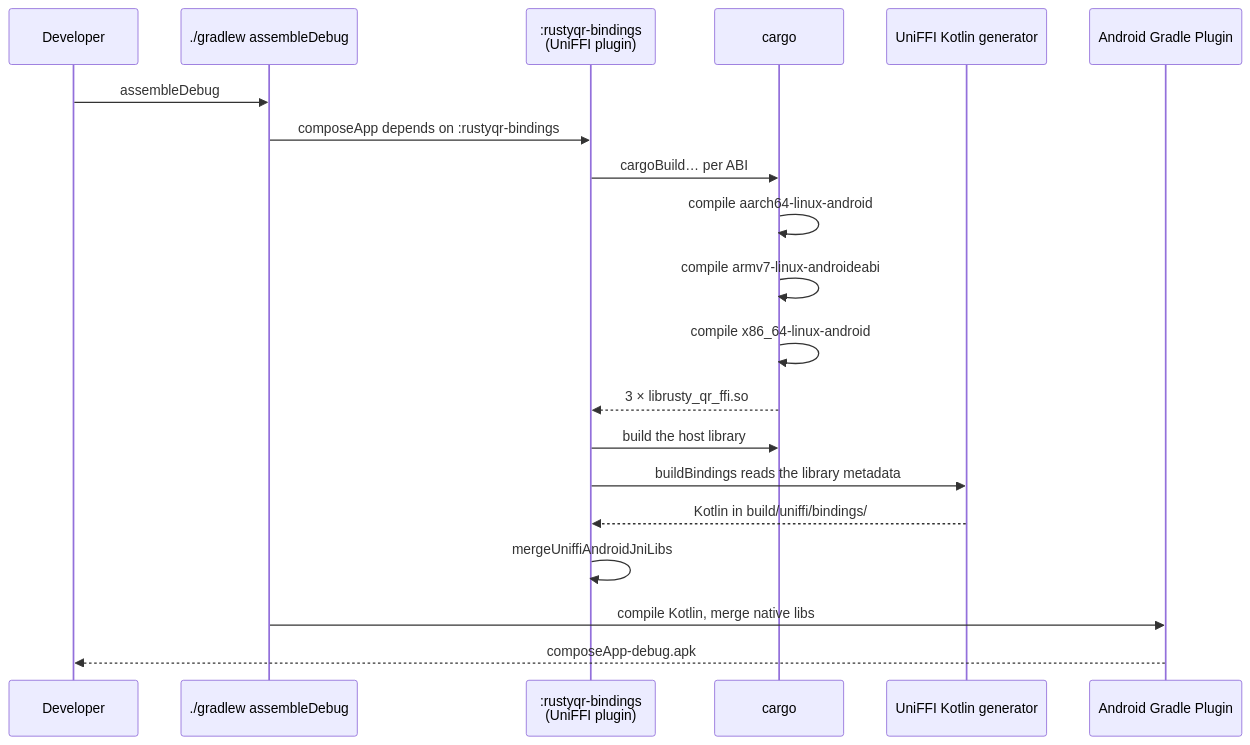
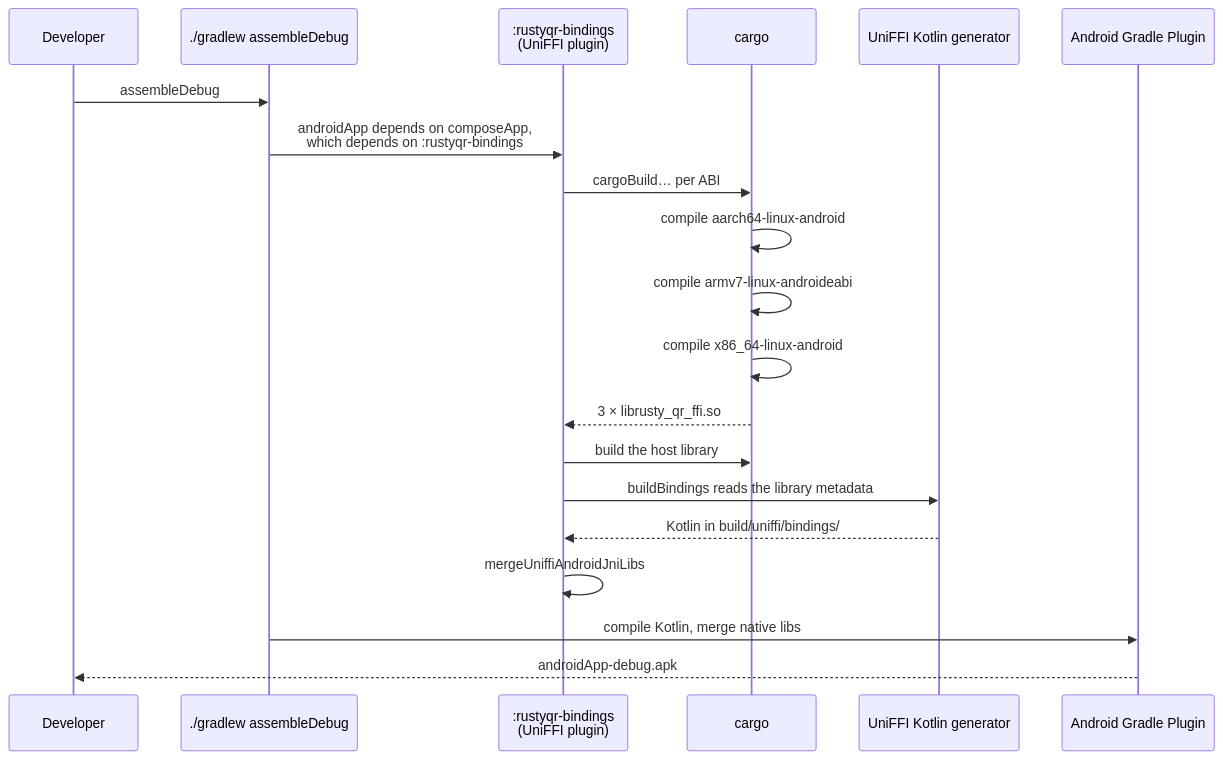
The second of 3 diagrams in composeApp/src/androidMain/README.md (prasannajeet/RustyQR), drawn with Mermaid before and after one commit. The commit also changed other lines of this file and 44 other files, not shown here.

Commit message:
build(android): split the android app from the kmp library (#12)

````diff
--- a/composeApp/src/androidMain/README.md
+++ b/composeApp/src/androidMain/README.md
@@ -270,27 +276,27 @@
 ```mermaid
 sequenceDiagram
     participant Dev as Developer
     participant G as ./gradlew assembleDebug
     participant B as :rustyqr-bindings<br/>(UniFFI plugin)
     participant C as cargo
     participant UG as UniFFI Kotlin generator
     participant AGP as Android Gradle Plugin
 
     Dev->>G: assembleDebug
-    G->>B: composeApp depends on :rustyqr-bindings
+    G->>B: androidApp depends on composeApp,<br/>which depends on :rustyqr-bindings
 
     B->>C: cargoBuild… per ABI
     C->>C: compile aarch64-linux-android
     C->>C: compile armv7-linux-androideabi
     C->>C: compile x86_64-linux-android
     C-->>B: 3 × librusty_qr_ffi.so
 
     B->>C: build the host library
     B->>UG: buildBindings reads the library metadata
     UG-->>B: Kotlin in build/uniffi/bindings/
 
     B->>B: mergeUniffiAndroidJniLibs
 
     G->>AGP: compile Kotlin, merge native libs
-    AGP-->>Dev: composeApp-debug.apk
+    AGP-->>Dev: androidApp-debug.apk
 ```
````
